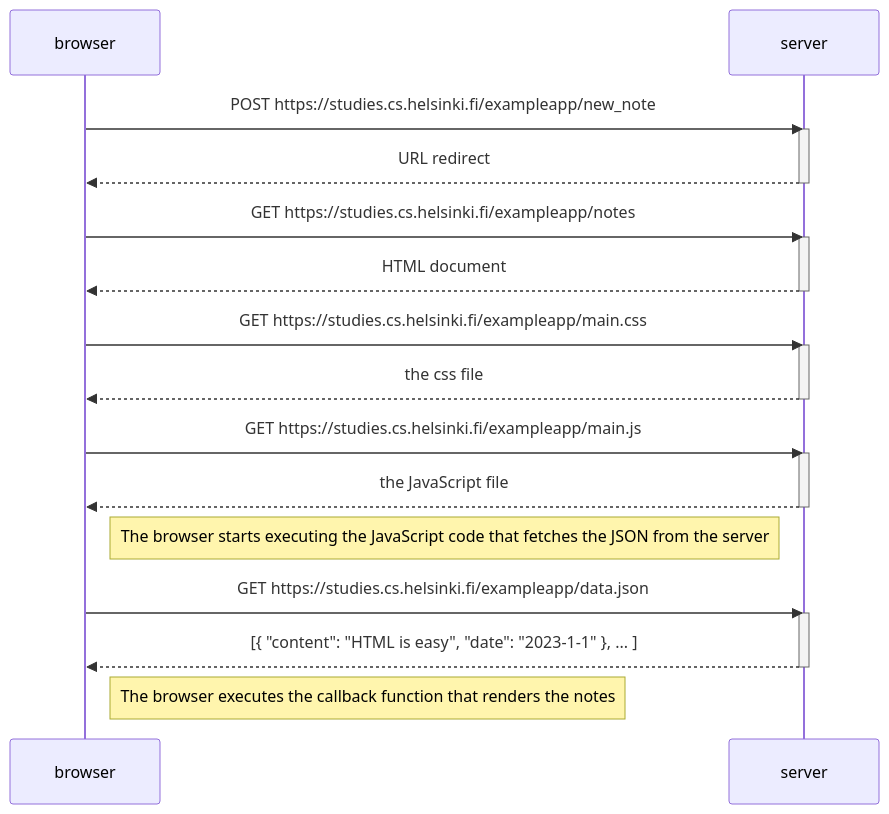
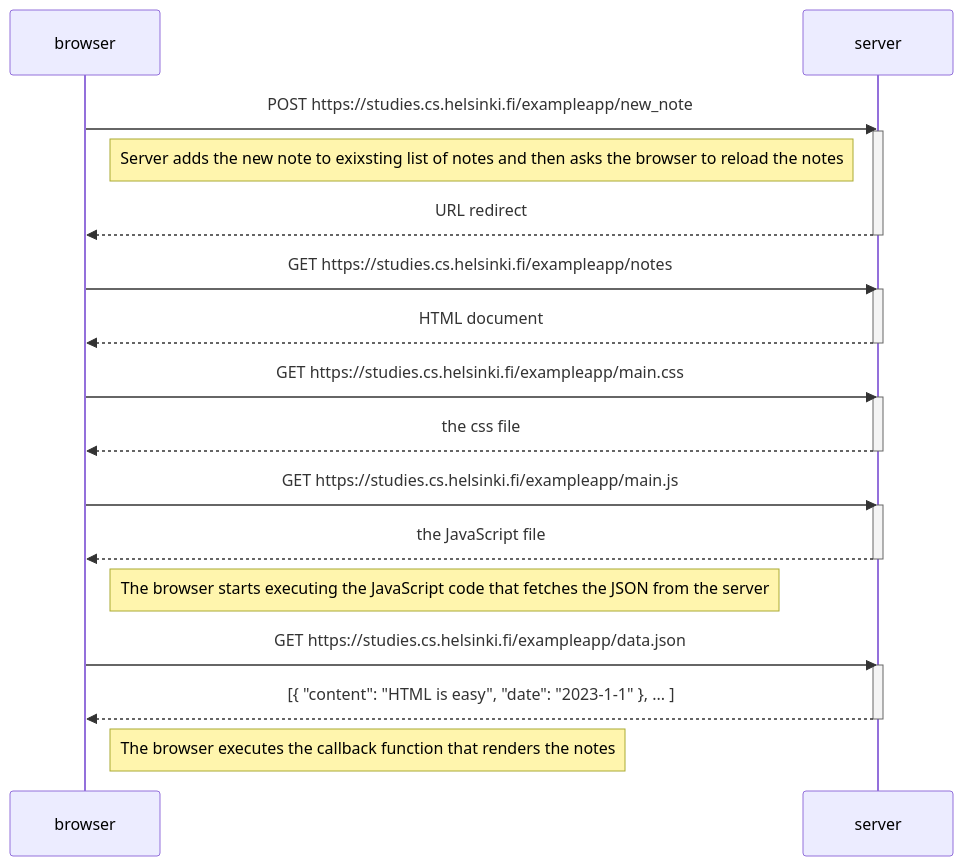
One commit to asmitaagarwal4/FullStackOpen changed the diagram in part0/New_note_diagram.md. Above: the diagram before and after it, drawn with Mermaid. The commit also changed 1 other file, not shown here.

Commit message:
fixing errors

````diff
--- a/part0/New_note_diagram.md
+++ b/part0/New_note_diagram.md
@@ -1,35 +1,37 @@
 ```mermaid
 sequenceDiagram
     participant browser
     participant server
 
     browser->>server: POST https://studies.cs.helsinki.fi/exampleapp/new_note
     activate server
+    Note left of server: Server adds the new note to exixsting list of notes and then asks the browser to reload the notes
+    
     server-->>browser: URL redirect
     deactivate server
 
     browser->>server: GET https://studies.cs.helsinki.fi/exampleapp/notes
     activate server
     server-->>browser: HTML document
     deactivate server
 
     browser->>server: GET https://studies.cs.helsinki.fi/exampleapp/main.css
     activate server
     server-->>browser: the css file
     deactivate server
 
     browser->>server: GET https://studies.cs.helsinki.fi/exampleapp/main.js
     activate server
     server-->>browser: the JavaScript file
     deactivate server
 
     Note right of browser: The browser starts executing the JavaScript code that fetches the JSON from the server
 
     browser->>server: GET https://studies.cs.helsinki.fi/exampleapp/data.json
     activate server
     server-->>browser: [{ "content": "HTML is easy", "date": "2023-1-1" }, ... ]
     deactivate server
 
     Note right of browser: The browser executes the callback function that renders the notes
 
 ```
````
